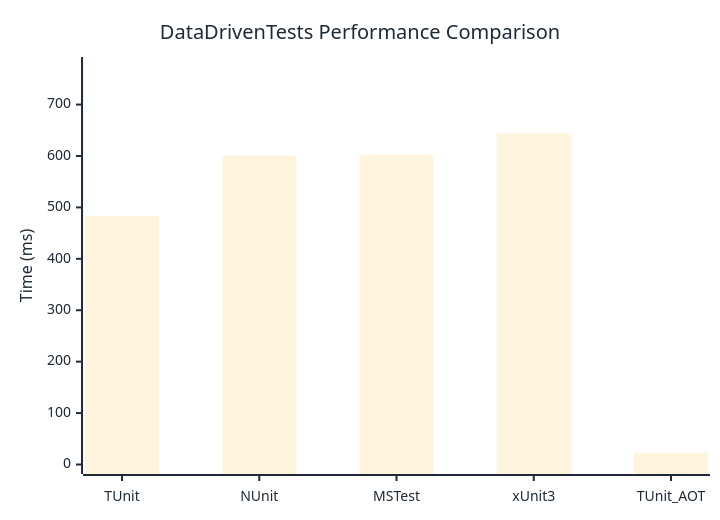
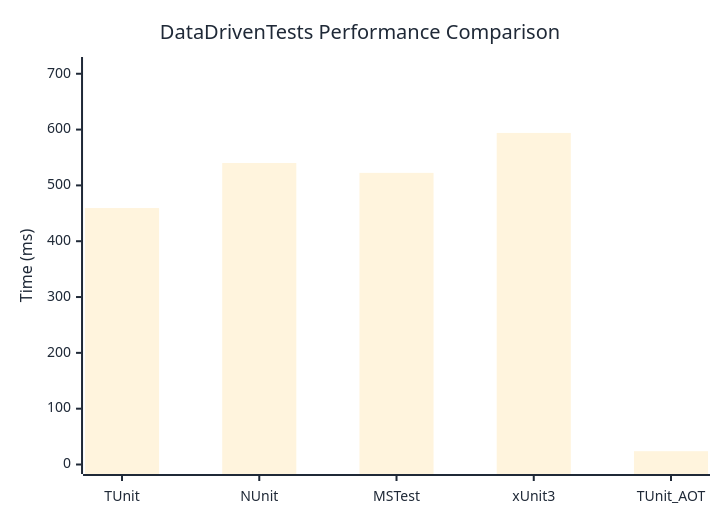
Before and after one commit to thomhurst/TUnit: the diagram in docs/docs/benchmarks/DataDrivenTests.md, drawn with Mermaid. The commit also changed other lines of this file and 17 other files, not shown here.

````diff
--- a/docs/docs/benchmarks/DataDrivenTests.md
+++ b/docs/docs/benchmarks/DataDrivenTests.md
@@ -27,37 +27,37 @@
 ```mermaid
 %%{init: {
   'theme':'base',
   'themeVariables': {
     'primaryColor': '#2563eb',
     'primaryTextColor': '#1f2937',
     'primaryBorderColor': '#1e40af',
     'lineColor': '#6b7280',
     'secondaryColor': '#7c3aed',
     'tertiaryColor': '#dc2626',
     'background': '#ffffff',
     'mainBkg': '#2563eb',
     'secondBkg': '#7c3aed',
     'tertiaryBkg': '#dc2626',
     'clusterBkg': '#f3f4f6',
     'edgeLabelBackground': '#ffffff',
     'tertiaryTextColor': '#1f2937',
     'pie1': '#2563eb',
     'pie2': '#7c3aed',
     'pie3': '#dc2626',
     'pie4': '#f59e0b',
     'pie5': '#10b981',
     'pie6': '#06b6d4',
     'pie7': '#ec4899',
     'pie8': '#6366f1',
     'pie9': '#84cc16',
     'pie10': '#f97316',
     'pie11': '#14b8a6',
     'pie12': '#a855f7'
   }
 }}%%
 xychart-beta
   title "DataDrivenTests Performance Comparison"
   x-axis ["TUnit", "NUnit", "MSTest", "xUnit3", "TUnit_AOT"]
-  y-axis "Time (ms)" 0 --> 774
-  bar [483.01, 600.82, 602.58, 644.22, 23.11]
+  y-axis "Time (ms)" 0 --> 713
+  bar [459.43, 540.07, 522.41, 593.98, 23.84]
 ```
````
